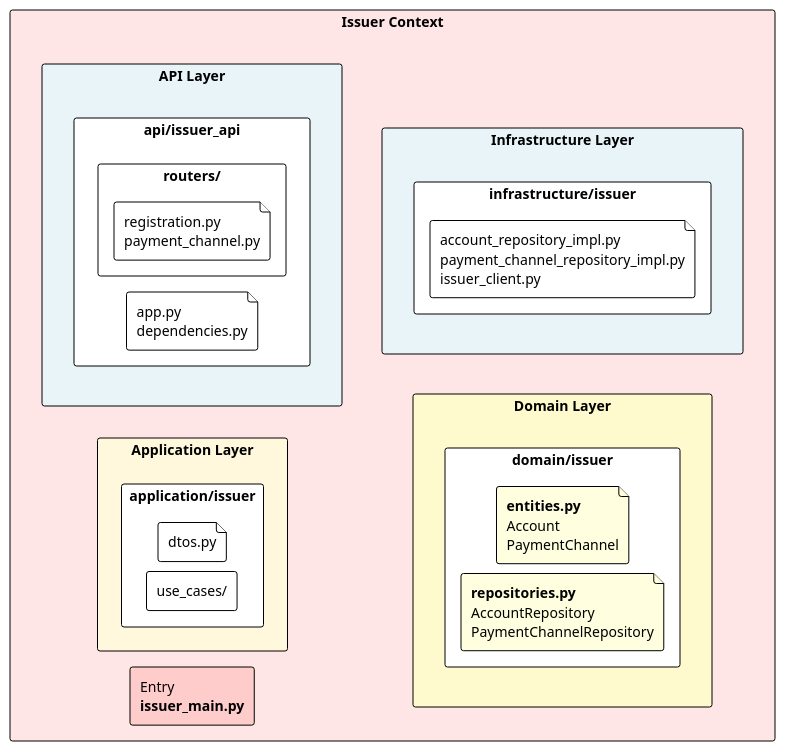
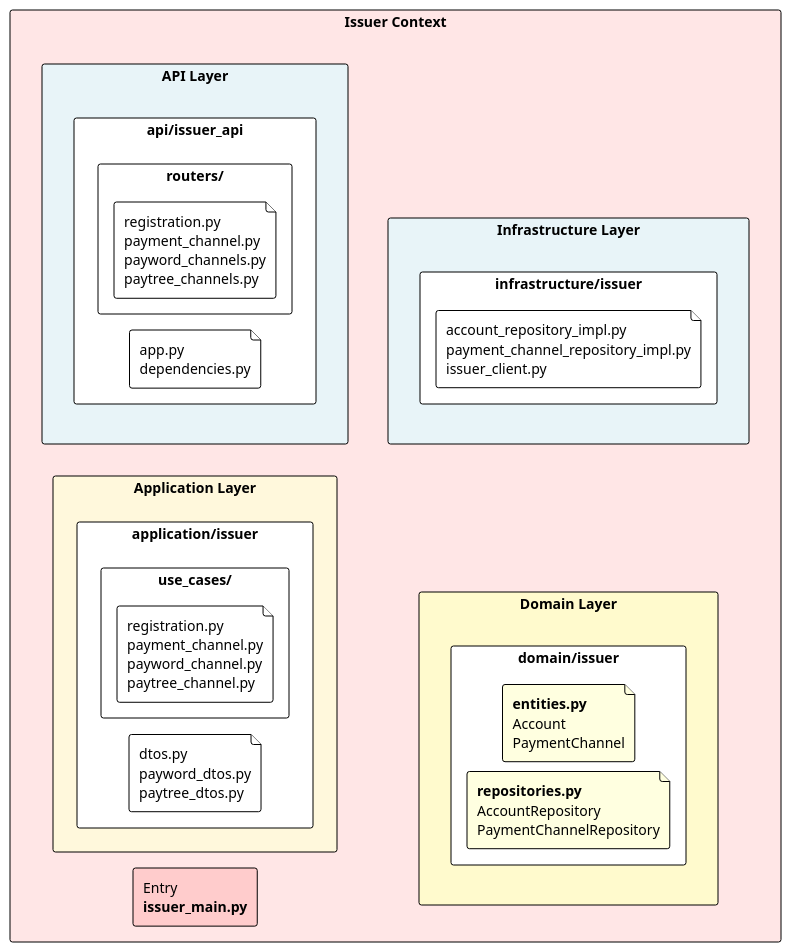
The diagram in umls/issuer.puml (otaviootavio/nanomoni), drawn with PlantUML before and after one commit. The commit also changed other lines of this file and 73 other files, not shown here.

```diff
--- a/umls/issuer.puml
+++ b/umls/issuer.puml
@@ -1,53 +1,53 @@
 @startuml Issuer_Static_Compact
 
 !theme plain
 left to right direction
 skinparam backgroundColor white
 skinparam componentStyle rectangle
 skinparam padding 0
 skinparam BoxPadding 2
 skinparam RectanglePadding 3
 skinparam RectangleBorderThickness 1
 skinparam Shadowing false
 skinparam Nodesep 10
 skinparam Ranksep 10
 
 rectangle "Issuer Context" #FFE6E6 {
     rectangle "Entry\n**issuer_main.py**" as entry #FFCCCC
     
     rectangle "API Layer" as api #E8F4F8 {
         rectangle "api/issuer_api" {
             file "app.py\ndependencies.py" as api_files
             rectangle "routers/" {
-                file "registration.py\npayment_channel.py"
+                file "registration.py\npayment_channel.py\npayword_channels.py\npaytree_channels.py"
             }
         }
     }
     
     rectangle "Application Layer" as app #FFF8DC {
         rectangle "application/issuer" {
-            file "dtos.py"
+            file "dtos.py\npayword_dtos.py\npaytree_dtos.py"
             rectangle "use_cases/" {
-                file "registration.py\npayment_channel.py"
+                file "registration.py\npayment_channel.py\npayword_channel.py\npaytree_channel.py"
             }
         }
     }
     
     rectangle "Domain Layer" as domain #FFFACD {
         rectangle "domain/issuer" {
             file "**entities.py**\nAccount\nPaymentChannel" #FFFFE0
             file "**repositories.py**\nAccountRepository\nPaymentChannelRepository" #FFFFE0
         }
     }
     
     rectangle "Infrastructure Layer" as infra #E8F4F8 {
         rectangle "infrastructure/issuer" {
             file "account_repository_impl.py\npayment_channel_repository_impl.py\nissuer_client.py"
         }
     }
     
     entry -[hidden]down-> domain
     api -[hidden]down-> infra
 }
 
 @enduml
```
